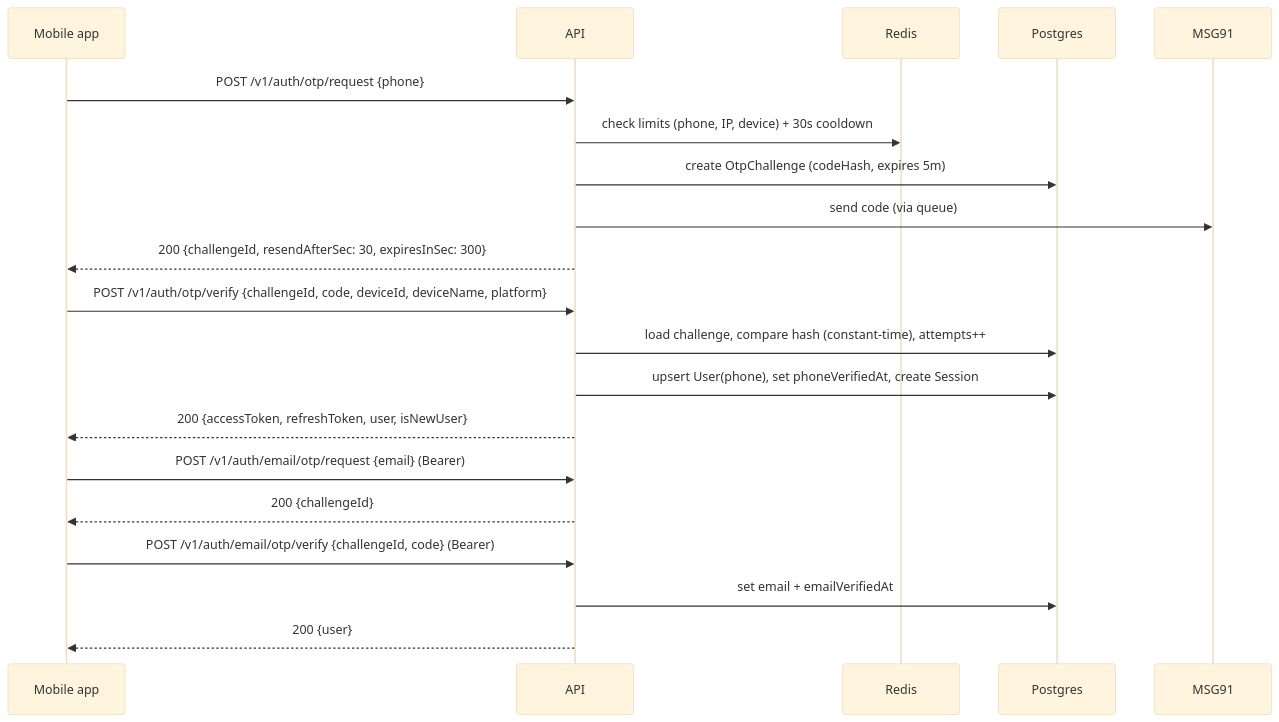
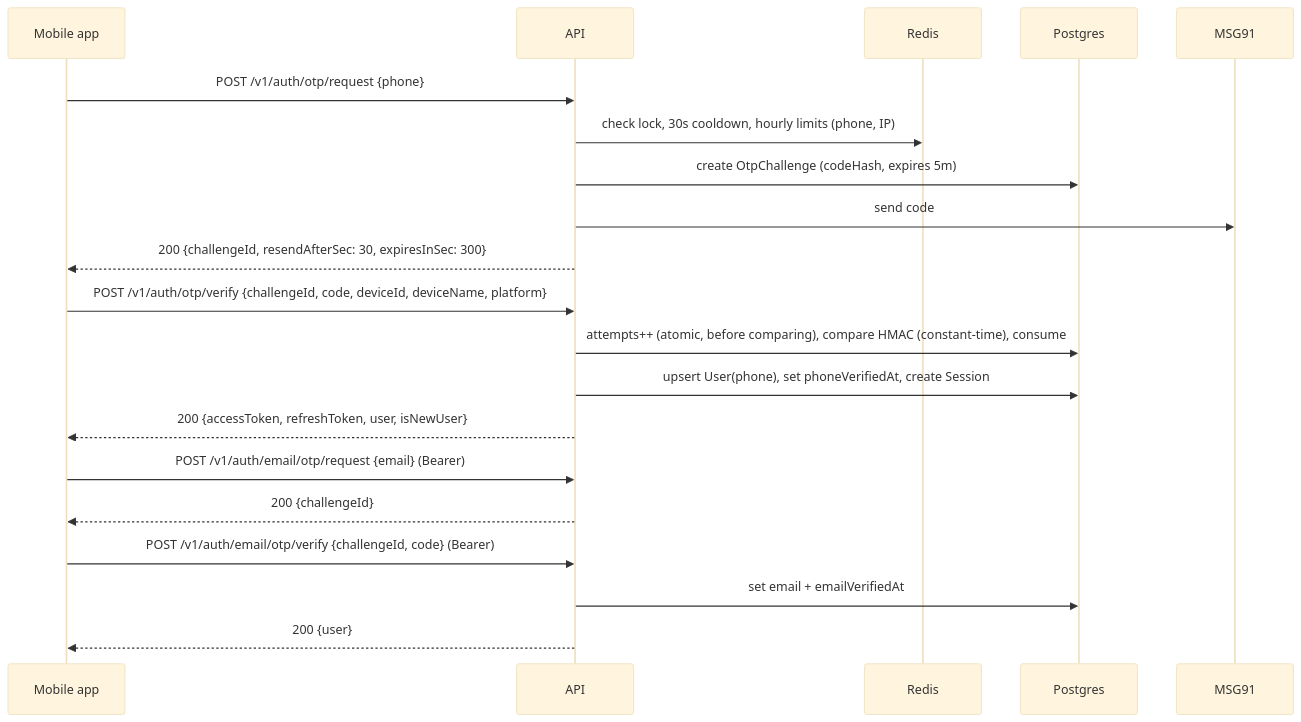
The third of 7 diagrams in docs/ARCHITECTURE.md (Jitesh60/nivra), drawn with Mermaid (base theme) before and after one commit. The commit also changed other lines of this file and 74 other files, not shown here.

````diff
--- a/docs/ARCHITECTURE.md
+++ b/docs/ARCHITECTURE.md
@@ -259,25 +191,25 @@
 ```mermaid
 sequenceDiagram
   participant App as Mobile app
   participant API
   participant R as Redis
   participant DB as Postgres
   participant SMS as MSG91
 
   App->>API: POST /v1/auth/otp/request {phone}
-  API->>R: check limits (phone, IP, device) + 30s cooldown
+  API->>R: check lock, 30s cooldown, hourly limits (phone, IP)
   API->>DB: create OtpChallenge (codeHash, expires 5m)
-  API->>SMS: send code (via queue)
+  API->>SMS: send code
   API-->>App: 200 {challengeId, resendAfterSec: 30, expiresInSec: 300}
 
   App->>API: POST /v1/auth/otp/verify {challengeId, code, deviceId, deviceName, platform}
-  API->>DB: load challenge, compare hash (constant-time), attempts++
+  API->>DB: attempts++ (atomic, before comparing), compare HMAC (constant-time), consume
   API->>DB: upsert User(phone), set phoneVerifiedAt, create Session
   API-->>App: 200 {accessToken, refreshToken, user, isNewUser}
 
   App->>API: POST /v1/auth/email/otp/request {email} (Bearer)
   API-->>App: 200 {challengeId}
   App->>API: POST /v1/auth/email/otp/verify {challengeId, code} (Bearer)
   API->>DB: set email + emailVerifiedAt
   API-->>App: 200 {user}
 ```
````
